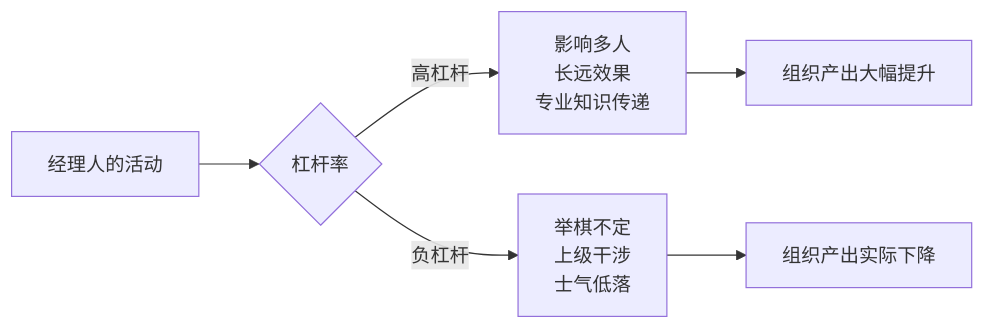
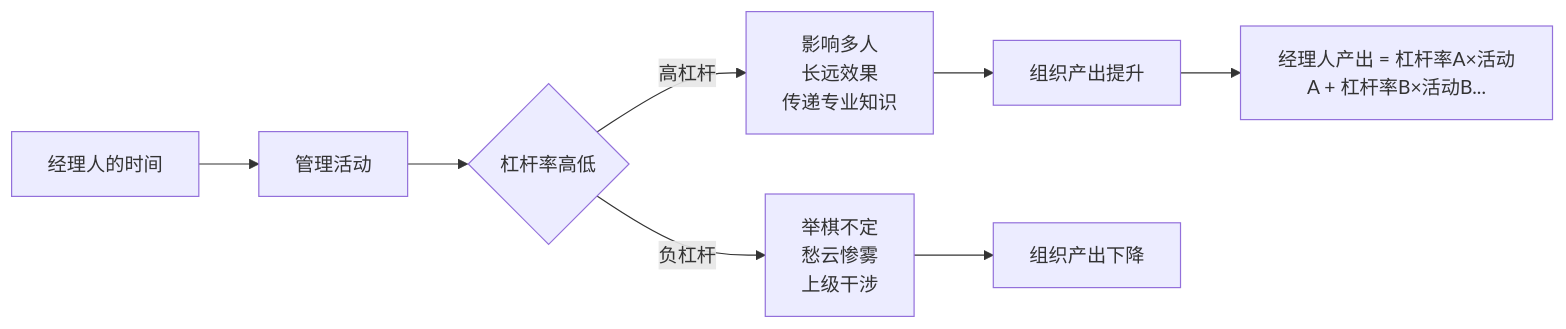
The first of 3 diagrams in content/reading/格鲁夫给经理人的第一课.md (qinwenshi/wiki), drawn with Mermaid before and after one commit. The commit also changed other lines of this file and 2 other files, not shown here.

````diff
--- a/content/reading/格鲁夫给经理人的第一课.md
+++ b/content/reading/格鲁夫给经理人的第一课.md
@@ -28,8 +41,10 @@
 ```mermaid
 flowchart LR
-    A[经理人的活动] --> B{杠杆率}
-    B -->|高杠杆| C[影响多人\n长远效果\n专业知识传递]
-    B -->|负杠杆| D[举棋不定\n上级干涉\n士气低落]
-    C --> E[组织产出大幅提升]
-    D --> F[组织产出实际下降]
+    A[经理人的时间] --> B[管理活动]
+    B --> C{杠杆率高低}
+    C -->|高杠杆| D[影响多人\n长远效果\n传递专业知识]
+    C -->|负杠杆| E[举棋不定\n愁云惨雾\n上级干涉]
+    D --> F[组织产出提升]
+    E --> G[组织产出下降]
+    F --> H[经理人产出 = 杠杆率A×活动A + 杠杆率B×活动B...]
 ```
````
